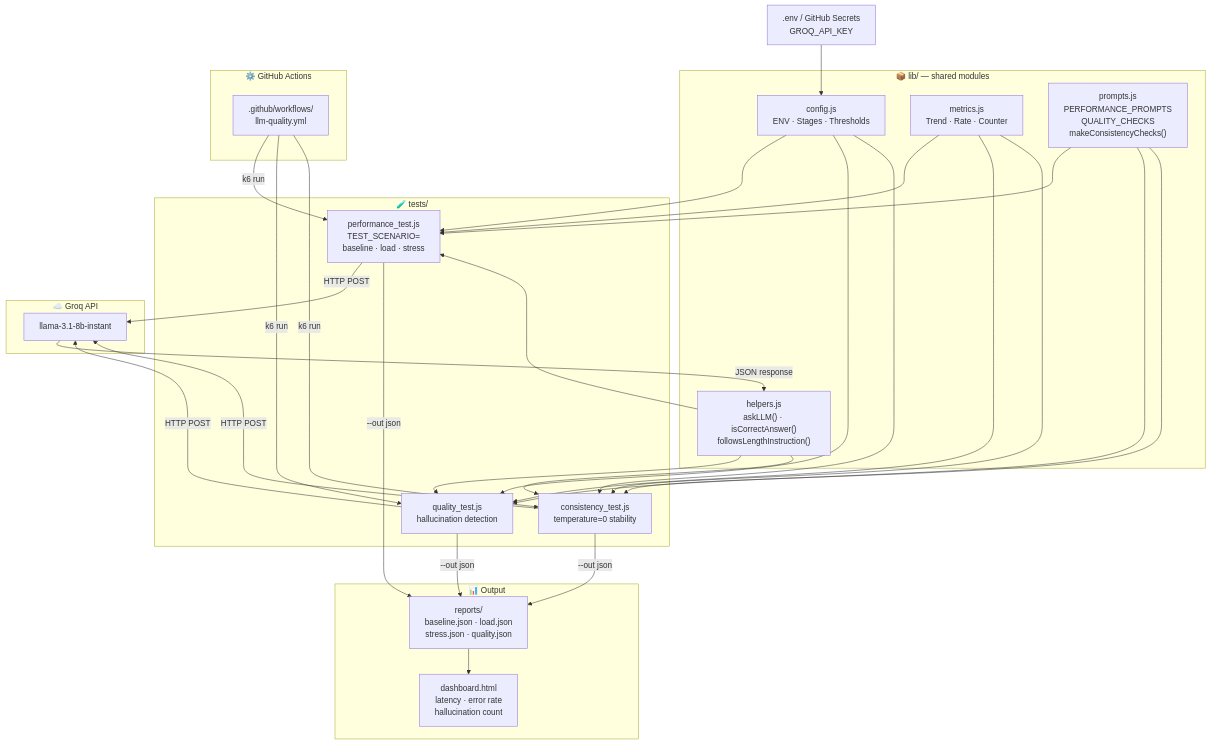
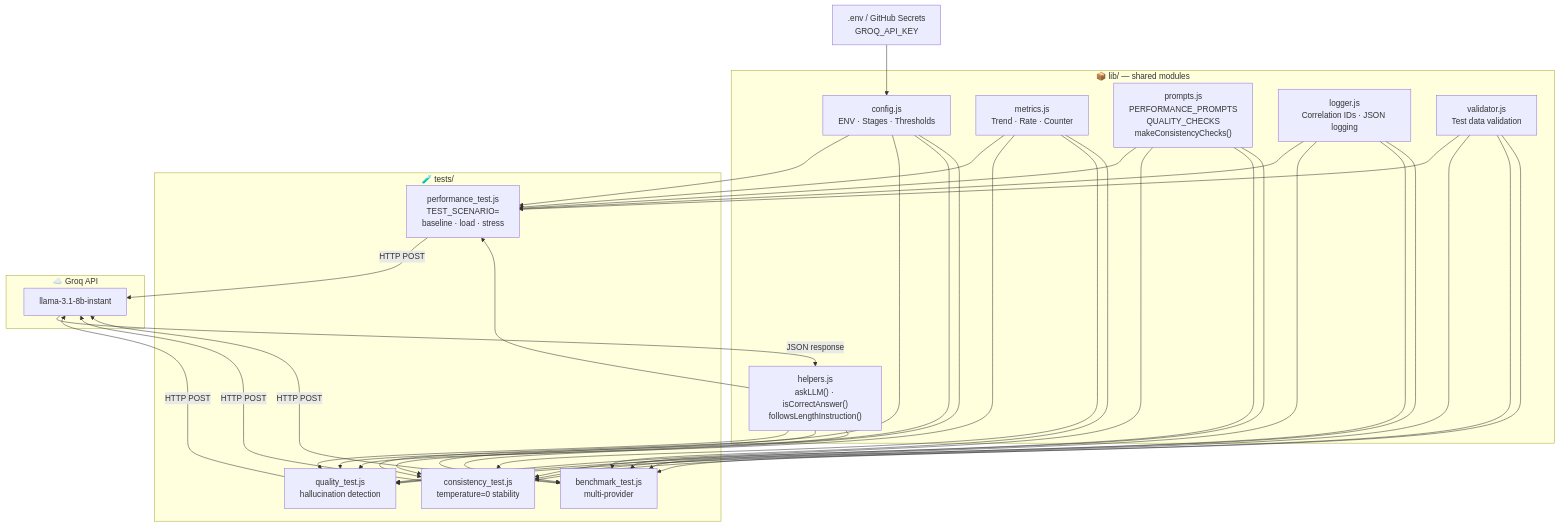
Before and after one commit to AnaTodorov86/llm-performance-testing: the diagram in README.md, drawn with Mermaid. The commit also changed other lines of this file and 15 other files, not shown here.

````diff
--- a/README.md
+++ b/README.md
@@ -23,42 +23,34 @@
 ```mermaid
 flowchart TD
     ENV[".env / GitHub Secrets\nGROQ_API_KEY"] --> CFG
 
     subgraph LIB ["📦 lib/ — shared modules"]
         CFG["config.js\nENV · Stages · Thresholds"]
         MET["metrics.js\nTrend · Rate · Counter"]
         HLP["helpers.js\naskLLM() · isCorrectAnswer()\nfollowsLengthInstruction()"]
         PRM["prompts.js\nPERFORMANCE_PROMPTS\nQUALITY_CHECKS\nmakeConsistencyChecks()"]
+        LOG["logger.js\nCorrelation IDs · JSON logging"]
+        VAL["validator.js\nTest data validation"]
     end
 
     subgraph TESTS ["🧪 tests/"]
         PT["performance_test.js\nTEST_SCENARIO=\nbaseline · load · stress"]
         QT["quality_test.js\nhallucination detection"]
         CT["consistency_test.js\ntemperature=0 stability"]
+        BT["benchmark_test.js\nmulti-provider"]
     end
 
     subgraph GROQ ["☁️ Groq API"]
         MODEL["llama-3.1-8b-instant"]
     end
 
-    subgraph CI ["⚙️ GitHub Actions"]
-        GHA[".github/workflows/\nllm-quality.yml"]
-    end
+    CFG --> PT & QT & CT & BT
+    MET --> PT & QT & CT & BT
+    HLP --> PT & QT & CT & BT
+    PRM --> PT & QT & CT & BT
+    LOG --> PT & QT & CT & BT
+    VAL --> PT & QT & CT & BT
 
-    subgraph OUT ["📊 Output"]
-        REP["reports/\nbaseline.json · load.json\nstress.json · quality.json"]
-        DASH["dashboard.html\nlatency · error rate\nhallucination count"]
-    end
-
-    CFG --> PT & QT & CT
-    MET --> PT & QT & CT
-    HLP --> PT & QT & CT
-    PRM --> PT & QT & CT
-
-    PT & QT & CT -->|"HTTP POST"| MODEL
+    PT & QT & CT & BT -->|"HTTP POST"| MODEL
     MODEL -->|"JSON response"| HLP
-
-    GHA -->|"k6 run"| PT & QT & CT
-    PT & QT & CT -->|"--out json"| REP
-    REP --> DASH
 ```
````
